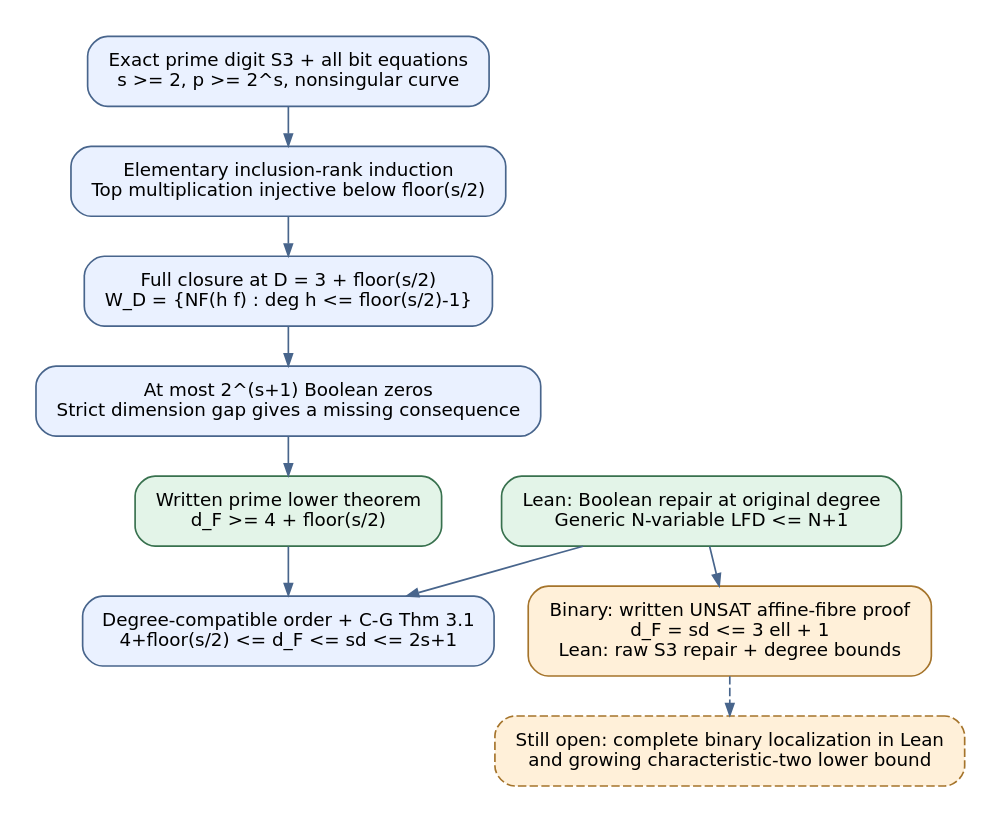
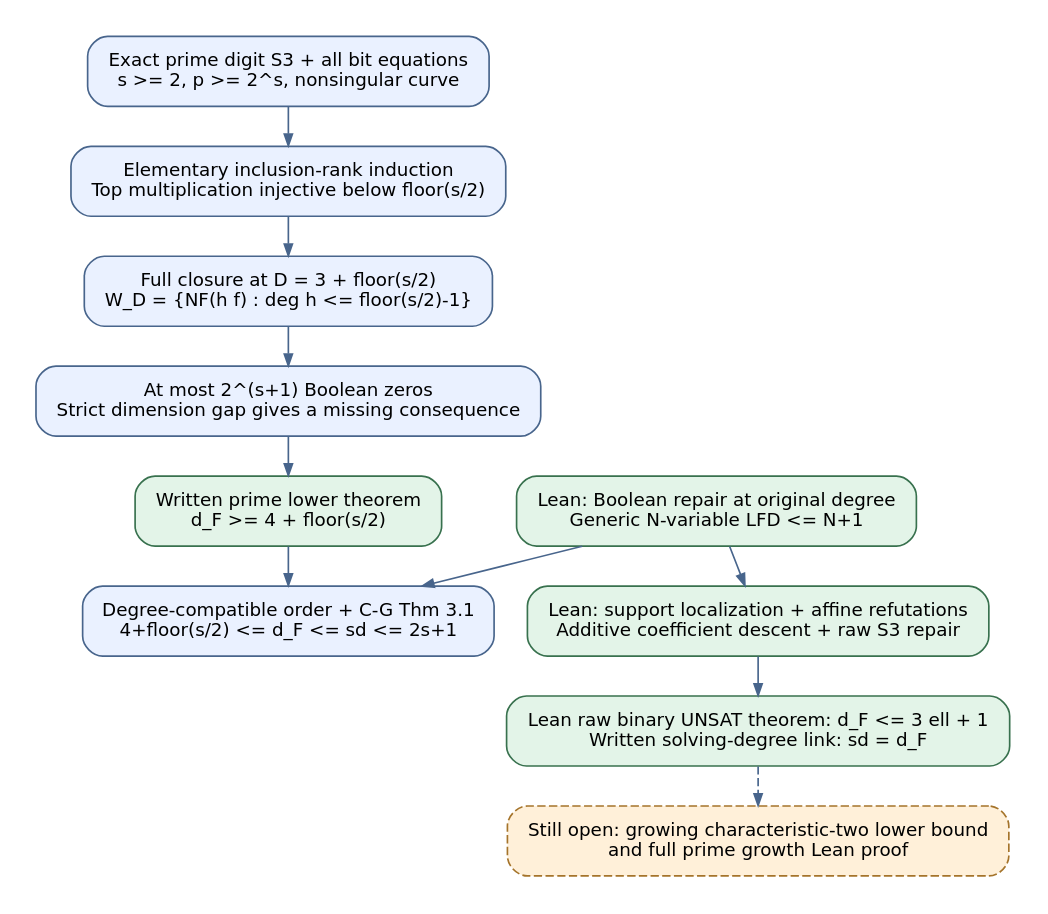
Before and after one commit to isogeny-labs/crypto-autoresearcher: the diagram in analysis/rigorous-lfd-solving-20261105/diagram.dot, drawn with Graphviz. The commit also changed 21 other files, not shown here.

```diff
--- a/analysis/rigorous-lfd-solving-20261105/diagram.dot
+++ b/analysis/rigorous-lfd-solving-20261105/diagram.dot
@@ -1,18 +1,19 @@
 digraph G {
   graph [rankdir=TB, bgcolor="white", nodesep=0.28, ranksep=0.34, pad=0.2, fontname="DejaVu Sans"];
   node [shape=box, style="rounded,filled", fillcolor="#eaf1ff", color="#48658c", fontname="DejaVu Sans", fontsize=11, margin="0.16,0.12"];
   edge [color="#48658c", arrowsize=0.7];
   digit [label="Exact prime digit S3 + all bit equations\ns >= 2, p >= 2^s, nonsingular curve"];
   rank [label="Elementary inclusion-rank induction\nTop multiplication injective below floor(s/2)"];
   closure [label="Full closure at D = 3 + floor(s/2)\nW_D = {NF(h f) : deg h <= floor(s/2)-1}"];
   count [label="At most 2^(s+1) Boolean zeros\nStrict dimension gap gives a missing consequence"];
   lower [label="Written prime lower theorem\nd_F >= 4 + floor(s/2)", fillcolor="#e3f4e8", color="#38714e"];
   upper [label="Lean: Boolean repair at original degree\nGeneric N-variable LFD <= N+1", fillcolor="#e3f4e8", color="#38714e"];
   solving [label="Degree-compatible order + C-G Thm 3.1\n4+floor(s/2) <= d_F <= sd <= 2s+1"];
-  binary [label="Binary: written UNSAT affine-fibre proof\nd_F = sd <= 3 ell + 1\nLean: raw S3 repair + degree bounds", fillcolor="#fff0d9", color="#a5742b"];
-  gap [label="Still open: complete binary localization in Lean\nand growing characteristic-two lower bound", fillcolor="#fff0d9", color="#a5742b", style="rounded,dashed,filled"];
+  binarycore [label="Lean: support localization + affine refutations\nAdditive coefficient descent + raw S3 repair", fillcolor="#e3f4e8", color="#38714e"];
+  binary [label="Lean raw binary UNSAT theorem: d_F <= 3 ell + 1\nWritten solving-degree link: sd = d_F", fillcolor="#e3f4e8", color="#38714e"];
+  gap [label="Still open: growing characteristic-two lower bound\nand full prime growth Lean proof", fillcolor="#fff0d9", color="#a5742b", style="rounded,dashed,filled"];
   digit -> rank -> closure -> count -> lower -> solving;
   upper -> solving;
-  upper -> binary;
+  upper -> binarycore -> binary;
   binary -> gap [style=dashed];
 }
```
